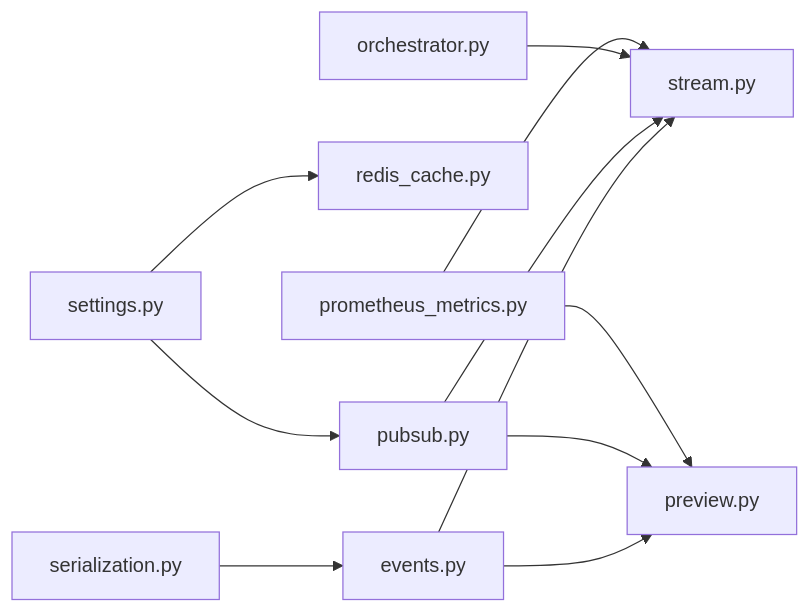
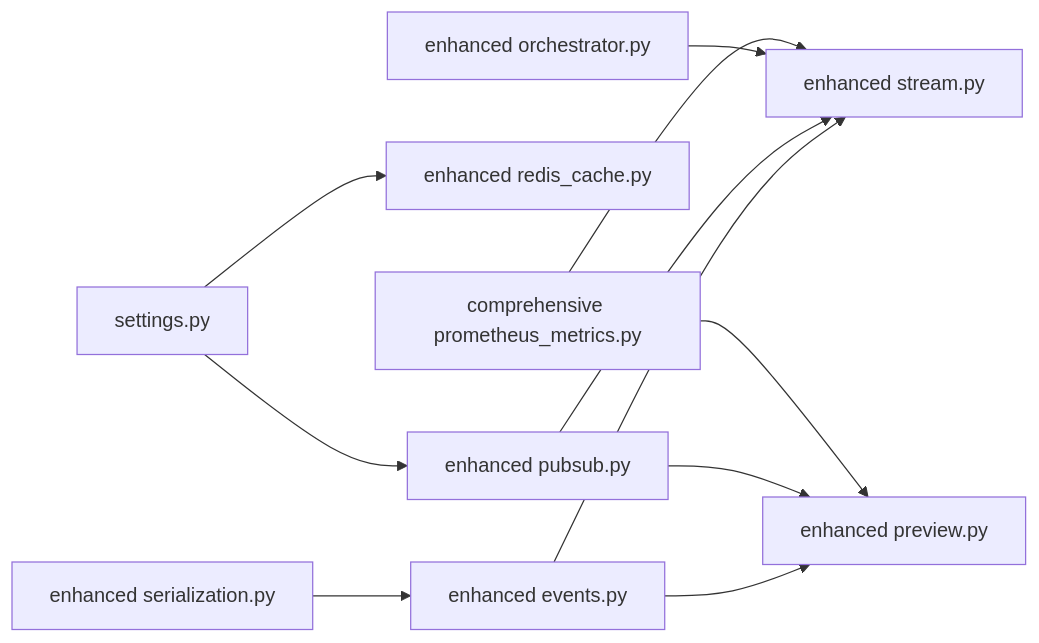
Before and after one commit to rohitkumarnaidu/-Auto-AI-Automated-Academic-Docx-Manuscript-Formatter: the ninth of 9 diagrams in .qoder/repowiki/en/content/Backend Development/Real-time Communication.md, drawn with Mermaid. The commit also changed other lines of this file and 6 other files, not shown here.

````diff
--- a/.qoder/repowiki/en/content/Backend Development/Real-time Communication.md
+++ b/.qoder/repowiki/en/content/Backend Development/Real-time Communication.md
@@ -311,13 +371,13 @@
 ```mermaid
 graph LR
-Settings["settings.py"] --> PubSub["pubsub.py"]
-Settings --> RedisCache["redis_cache.py"]
-Events["events.py"] --> Stream["stream.py"]
-Events --> Preview["preview.py"]
+Settings["settings.py"] --> PubSub["enhanced pubsub.py"]
+Settings --> RedisCache["enhanced redis_cache.py"]
+Events["enhanced events.py"] --> Stream["enhanced stream.py"]
+Events --> Preview["enhanced preview.py"]
 PubSub --> Stream
 PubSub --> Preview
-Orchestrator["orchestrator.py"] --> Stream
-Metrics["prometheus_metrics.py"] --> Stream
+EnhancedOrchestrator["enhanced orchestrator.py"] --> Stream
+Metrics["comprehensive prometheus_metrics.py"] --> Stream
 Metrics --> Preview
-Serialization["serialization.py"] --> Events
+EnhancedSerialization["enhanced serialization.py"] --> Events
 ```
````
